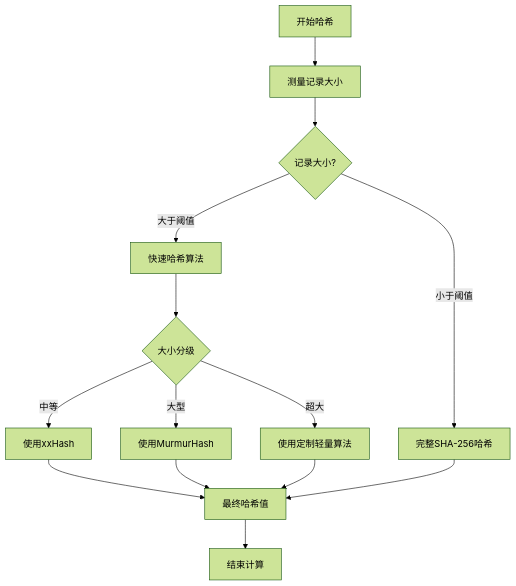
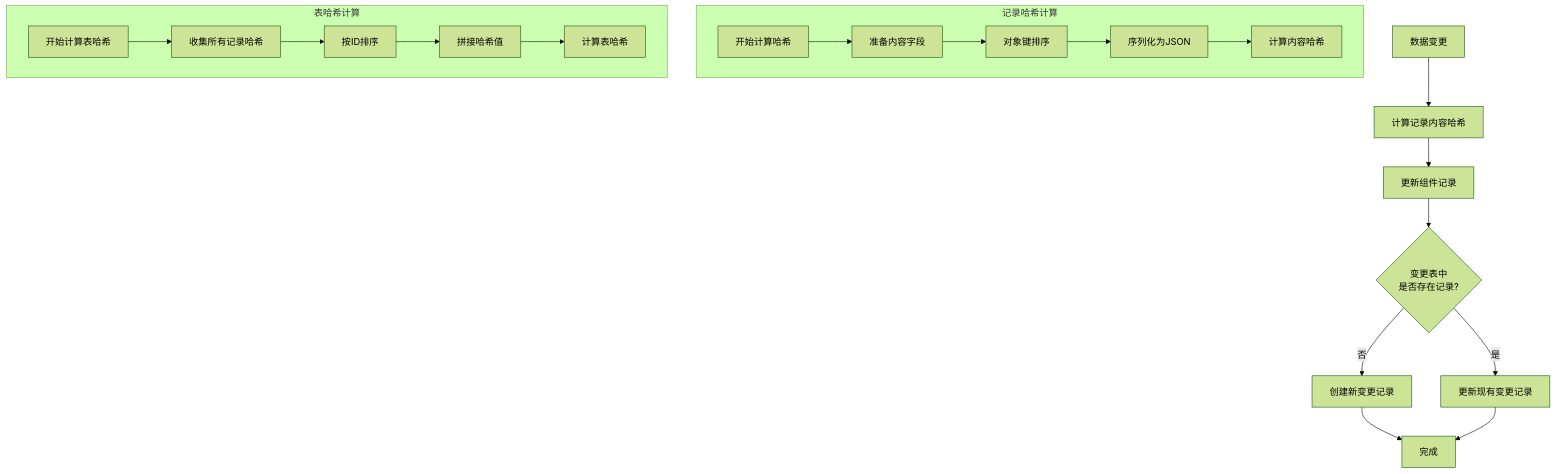
Before and after one commit to yingjianzh/iodraw-files: the diagram in all/未命名-42.md, drawn with Mermaid (forest theme).

Commit message:
2025-04-24 14:40:04 update

````diff
--- a/all/未命名-42.md
+++ b/all/未命名-42.md
@@ -1,21 +1,26 @@
 ```mermaid
-
 flowchart TD
-    Start[开始哈希] --> MeasureSize[测量记录大小]
-    MeasureSize --> SizeCheck{记录大小?}
-    SizeCheck -- 小于阈值 --> FullHash[完整SHA-256哈希]
-    SizeCheck -- 大于阈值 --> FastHash[快速哈希算法]
+    Start[数据变更] --> ComputeHash[计算记录内容哈希]
+    ComputeHash --> UpdateRecord[更新组件记录]
+    UpdateRecord --> CheckChangeRecord{变更表中<br/>是否存在记录?}
     
-    FastHash --> SizeThresholds{大小分级}
-    SizeThresholds -- 中等 --> xxHash[使用xxHash]
-    SizeThresholds -- 大型 --> MurmurHash[使用MurmurHash]
-    SizeThresholds -- 超大 --> CustomHash[使用定制轻量算法]
+    CheckChangeRecord -- 否 --> CreateChange[创建新变更记录]
+    CheckChangeRecord -- 是 --> UpdateChange[更新现有变更记录]
     
-    xxHash --> FinalHash[最终哈希值]
-    MurmurHash --> FinalHash
-    CustomHash --> FinalHash
-    FullHash --> FinalHash
+    CreateChange --> End[完成]
+    UpdateChange --> End
     
-    FinalHash --> End[结束计算]
-
+    subgraph 记录哈希计算
+    ComputeHashStart[开始计算哈希] --> PrepareContent[准备内容字段]
+    PrepareContent --> SortKeys[对象键排序]
+    SortKeys --> Serialize[序列化为JSON]
+    Serialize --> HashContent[计算内容哈希]
+    end
+    
+    subgraph 表哈希计算
+    TableHashStart[开始计算表哈希] --> CollectHashes[收集所有记录哈希]
+    CollectHashes --> SortRecords[按ID排序]
+    SortRecords --> ConcatHashes[拼接哈希值]
+    ConcatHashes --> HashTable[计算表哈希]
+    end
 ```
````
